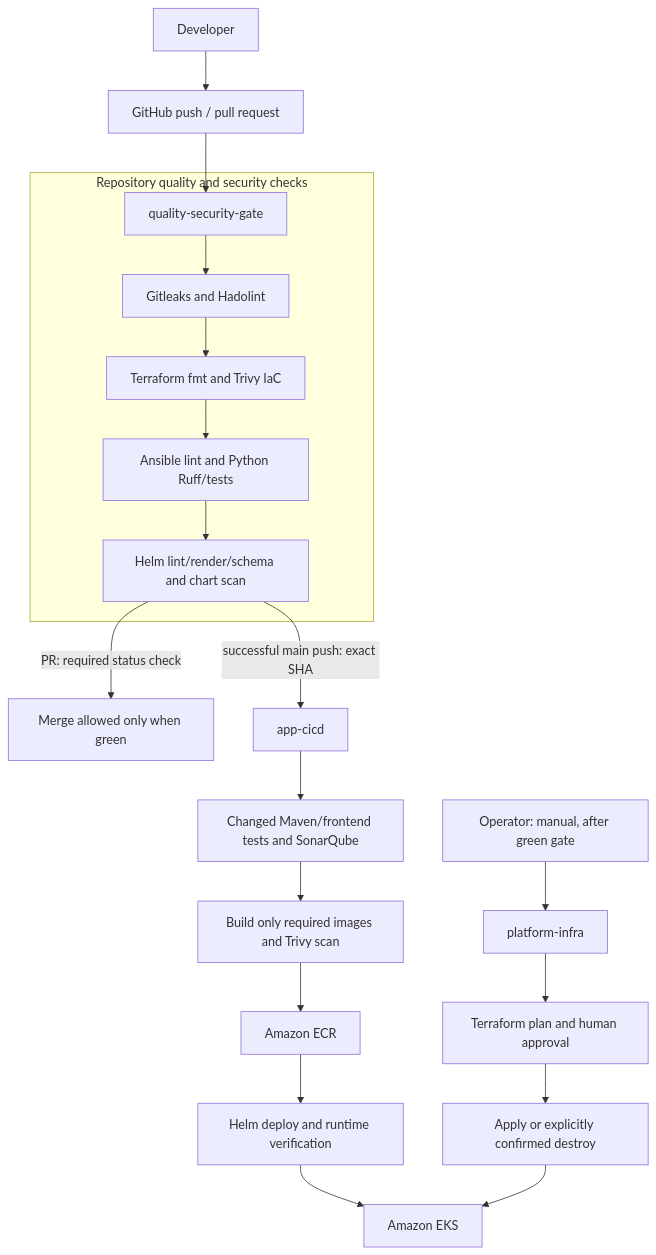
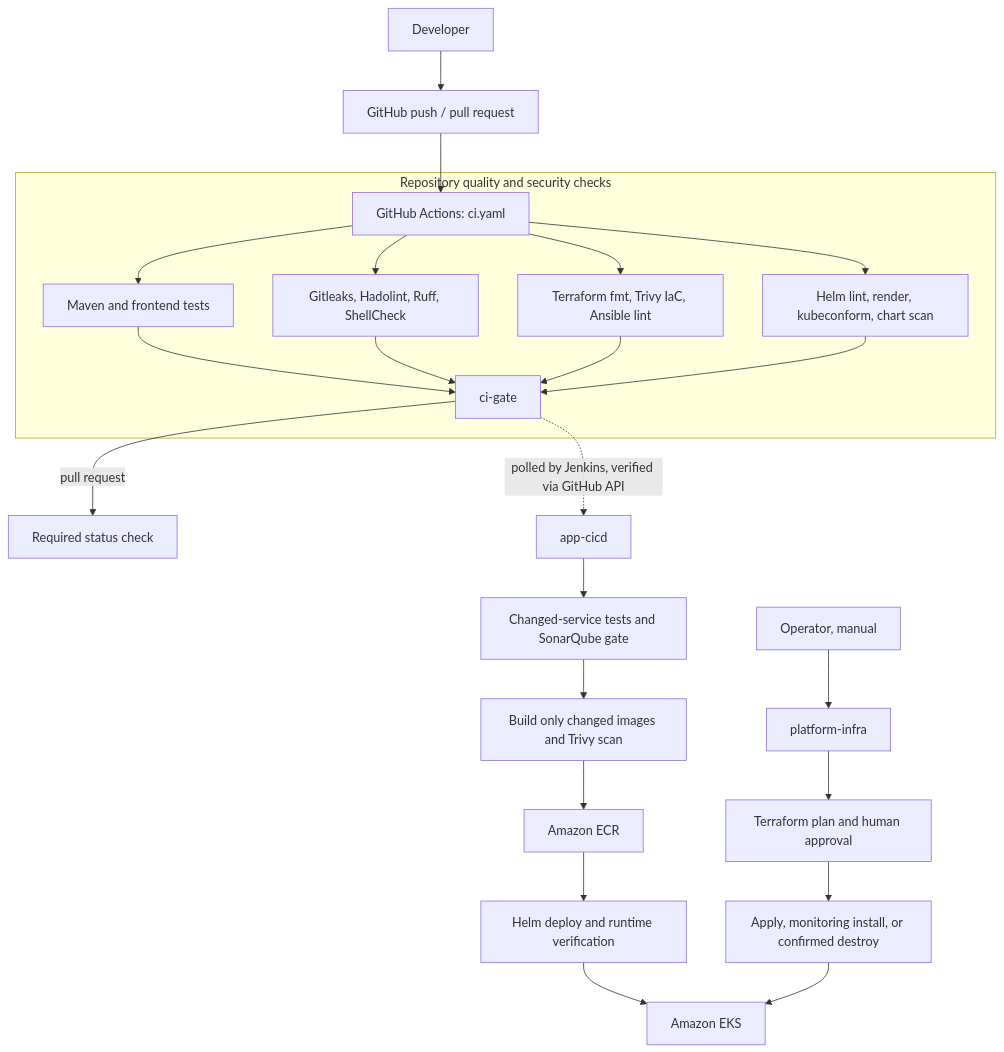
Before and after one commit to imshubhamkaushik/aws-cicd-devsecops: the first of 3 diagrams in README.md, drawn with Mermaid. The commit also changed other lines of this file and 21 other files, not shown here.

````diff
--- a/README.md
+++ b/README.md
@@ -106,25 +49,26 @@
 ```mermaid
 flowchart TD
     Dev[Developer] --> GitHub[GitHub push / pull request]
-    GitHub --> Gate[quality-security-gate]
+    GitHub --> CI[GitHub Actions: ci.yaml]
 
     subgraph PRE["Repository quality and security checks"]
-        Gate --> G1[Gitleaks and Hadolint]
-        G1 --> G2[Terraform fmt and Trivy IaC]
-        G2 --> G3[Ansible lint and Python Ruff/tests]
-        G3 --> G4[Helm lint/render/schema and chart scan]
+        CI --> G1[Maven and frontend tests]
+        CI --> G2[Gitleaks, Hadolint, Ruff, ShellCheck]
+        CI --> G3[Terraform fmt, Trivy IaC, Ansible lint]
+        CI --> G4[Helm lint, render, kubeconform, chart scan]
+        G1 & G2 & G3 & G4 --> GATE[ci-gate]
     end
 
-    G4 -->|PR: required status check| PR[Merge allowed only when green]
-    G4 -->|successful main push: exact SHA| APP[app-cicd]
-    APP --> A1[Changed Maven/frontend tests and SonarQube]
-    A1 --> A2[Build only required images and Trivy scan]
+    GATE -->|pull request| PR[Required status check]
+    GATE -. polled by Jenkins, verified via GitHub API .-> APP[app-cicd]
+    APP --> A1[Changed-service tests and SonarQube gate]
+    A1 --> A2[Build only changed images and Trivy scan]
     A2 --> ECR[Amazon ECR]
     ECR --> A3[Helm deploy and runtime verification]
     A3 --> EKS[Amazon EKS]
 
-    OPS[Operator: manual, after green gate] --> INFRA[platform-infra]
+    OPS[Operator, manual] --> INFRA[platform-infra]
     INFRA --> I1[Terraform plan and human approval]
-    I1 --> I2[Apply or explicitly confirmed destroy]
+    I1 --> I2[Apply, monitoring install, or confirmed destroy]
     I2 --> EKS
 ```
````
